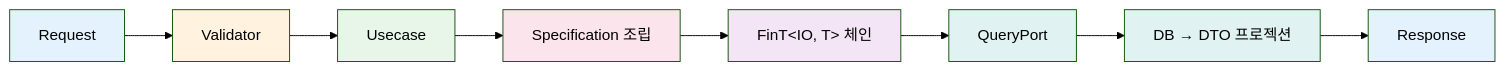
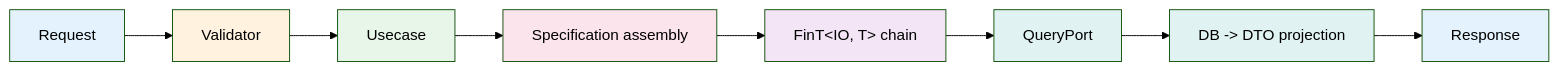
Before and after one commit to hhko/Functorium: the second of 2 diagrams in Docs.Site/src/content/docs/samples/ecommerce-ddd/application/01-type-design-decisions.md, drawn with Mermaid (forest theme). The commit also changed other lines of this file and 39 other files, not shown here.

Commit message:
docs(i18n): ecommerce-ddd 샘플, architecture-rules 튜토리얼, specification 서론 영문 번역

````diff
--- a/Docs.Site/src/content/docs/samples/ecommerce-ddd/application/01-type-design-decisions.md
+++ b/Docs.Site/src/content/docs/samples/ecommerce-ddd/application/01-type-design-decisions.md
@@ -424,19 +424,19 @@
 ```mermaid
 flowchart LR
     A[Request] --> B[Validator]
     B --> C[Usecase]
-    C --> D[Specification 조립]
-    D --> E["FinT&lt;IO, T&gt; 체인"]
+    C --> D[Specification assembly]
+    D --> E["FinT&lt;IO, T&gt; chain"]
     E --> F[QueryPort]
-    F --> G["DB → DTO 프로젝션"]
+    F --> G["DB -> DTO projection"]
     G --> H[Response]
 
     style A fill:#e3f2fd
     style B fill:#fff3e0
     style C fill:#e8f5e9
     style D fill:#fce4ec
     style E fill:#f3e5f5
     style F fill:#e0f2f1
     style G fill:#e0f2f1
     style H fill:#e3f2fd
 ```
````
